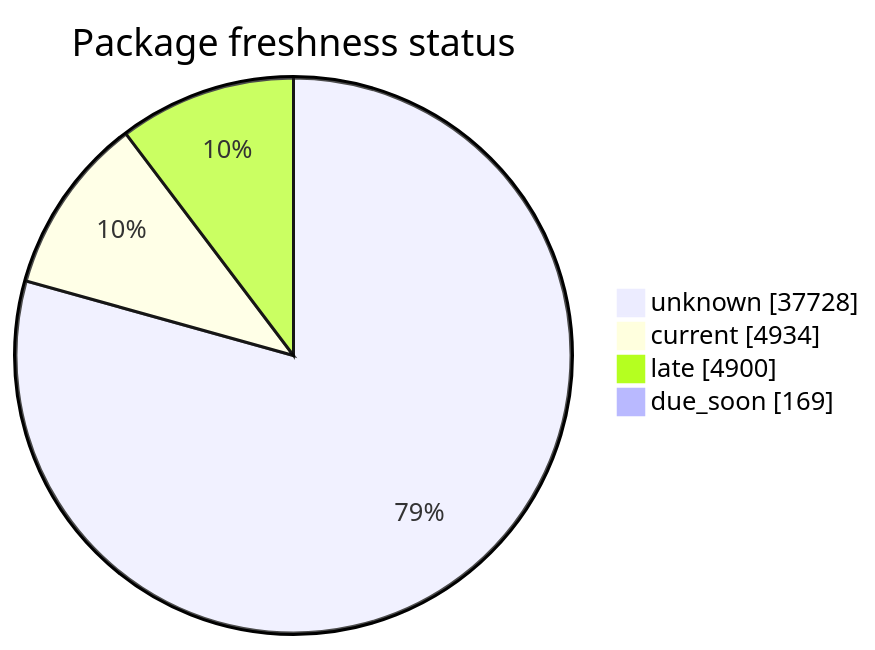
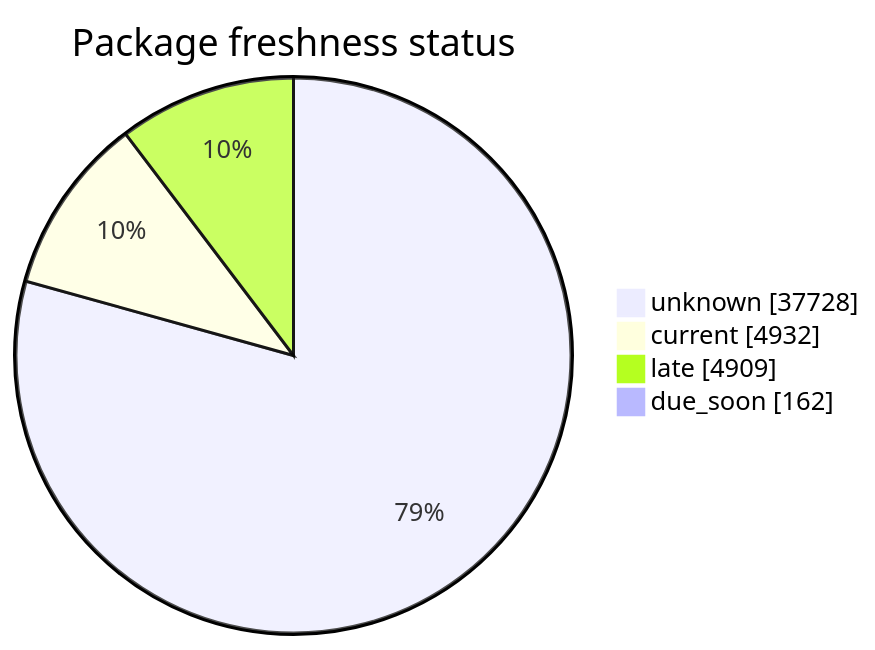
The second of 5 diagrams in FreshCheck/README.md (open-data/analytics-corporate-reporting), drawn with Mermaid before and after one commit. The commit also changed other lines of this file and 3 other files, not shown here.

````diff
--- a/FreshCheck/README.md
+++ b/FreshCheck/README.md
@@ -68,7 +68,7 @@
 ```mermaid
 pie showData title Package freshness status
     "unknown": 37728
-    "current": 4934
-    "late": 4900
-    "due_soon": 169
+    "current": 4932
+    "late": 4909
+    "due_soon": 162
 ```
````
